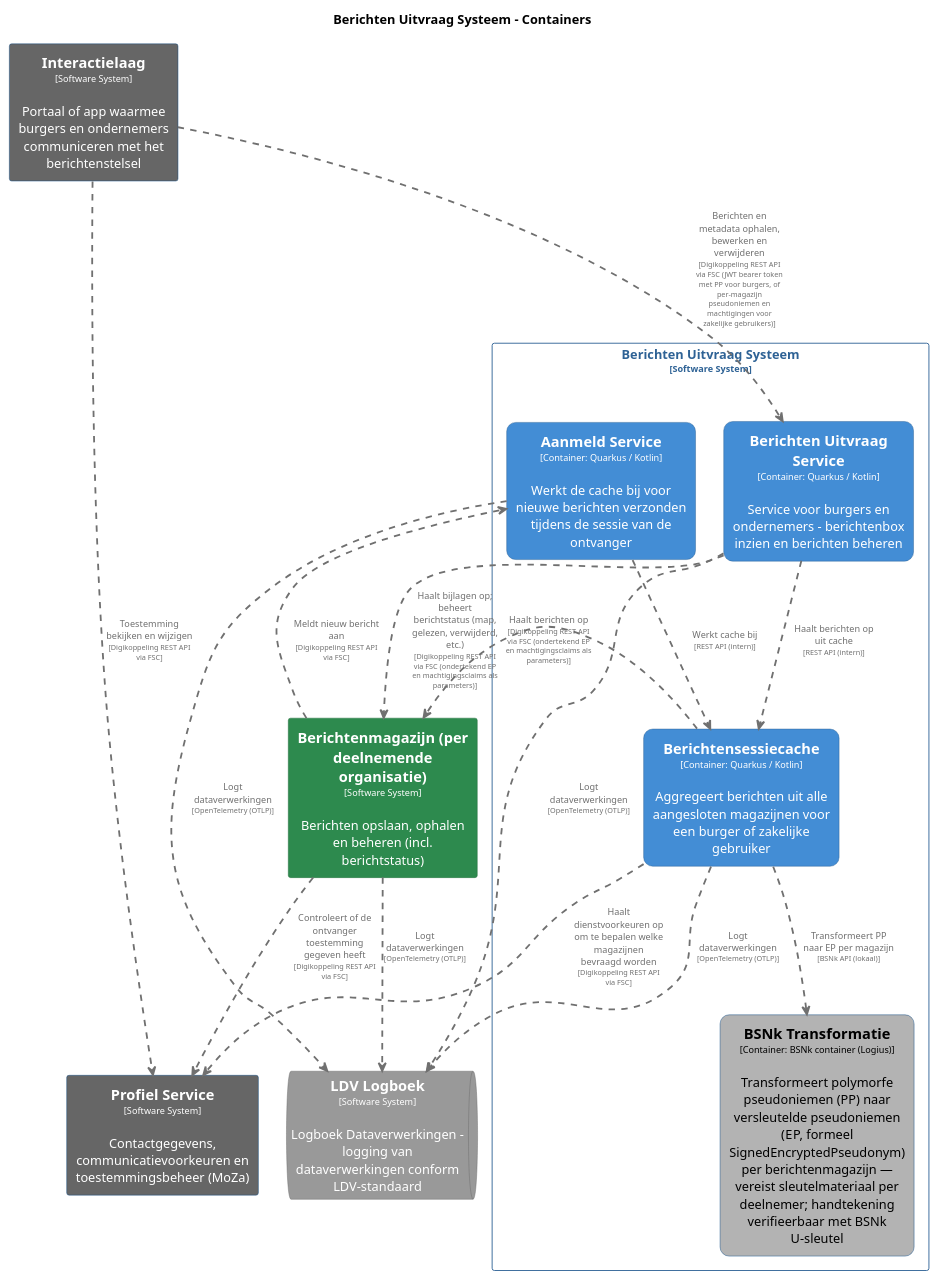
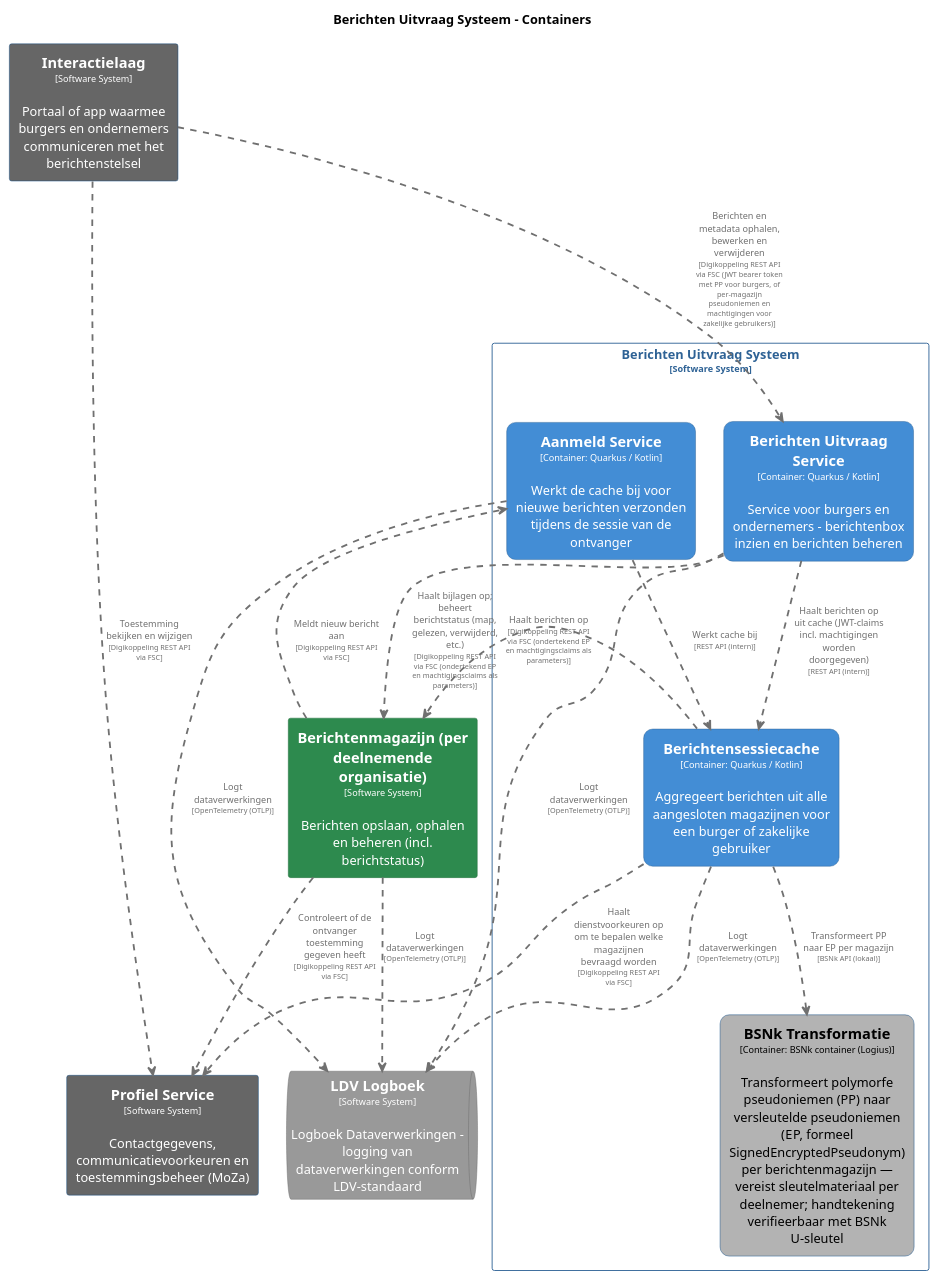
Before and after one commit to MinBZK/moza-poc-fbs-berichtenbox: the diagram in pr-preview/pr-22/master/puml/BerichtenUitvraagSysteemContainers.puml, drawn with PlantUML. The commit also changed 30 other files, not shown here.

```diff
--- a/pr-preview/pr-22/master/puml/BerichtenUitvraagSysteemContainers.puml
+++ b/pr-preview/pr-22/master/puml/BerichtenUitvraagSysteemContainers.puml
@@ -1,102 +1,102 @@
 @startuml
 set separator none
 title Berichten Uitvraag Systeem - Containers
 
 top to bottom direction
 skinparam ranksep 60
 skinparam nodesep 30
 
 skinparam {
   arrowFontSize 10
   defaultTextAlignment center
   wrapWidth 200
   maxMessageSize 100
 }
 
 hide stereotype
 
 skinparam rectangle<<BerichtenUitvraagSysteem.AanmeldService>> {
   BackgroundColor #438dd5
   FontColor #ffffff
   BorderColor #2e6295
   roundCorner 20
   shadowing false
 }
 skinparam rectangle<<BerichtenUitvraagSysteem.BSNkTransformatie>> {
   BackgroundColor #b3b3b3
   FontColor #000000
   BorderColor #0b4884
   roundCorner 20
   shadowing false
 }
 skinparam rectangle<<BerichtenUitvraagSysteem.BerichtenUitvraagService>> {
   BackgroundColor #438dd5
   FontColor #ffffff
   BorderColor #2e6295
   roundCorner 20
   shadowing false
 }
 skinparam rectangle<<Berichtenmagazijnperdeelnemendeorganisatie>> {
   BackgroundColor #2d8a4e
   FontColor #ffffff
   BorderColor #1e6b38
   shadowing false
 }
 skinparam rectangle<<BerichtenUitvraagSysteem.Berichtensessiecache>> {
   BackgroundColor #438dd5
   FontColor #ffffff
   BorderColor #2e6295
   roundCorner 20
   shadowing false
 }
 skinparam rectangle<<Interactielaag>> {
   BackgroundColor #666666
   FontColor #ffffff
   BorderColor #0b4884
   shadowing false
 }
 skinparam queue<<LDVLogboek>> {
   BackgroundColor #999999
   FontColor #ffffff
   BorderColor #6b6b6b
   shadowing false
 }
 skinparam rectangle<<ProfielService>> {
   BackgroundColor #666666
   FontColor #ffffff
   BorderColor #0b4884
   shadowing false
 }
 skinparam rectangle<<BerichtenUitvraagSysteem>> {
   BorderColor #2e6295
   FontColor #2e6295
   shadowing false
 }
 
 rectangle "==Profiel Service\n<size:10>[Software System]</size>\n\nContactgegevens, communicatievoorkeuren en toestemmingsbeheer (MoZa)" <<ProfielService>> as ProfielService
 rectangle "==Interactielaag\n<size:10>[Software System]</size>\n\nPortaal of app waarmee burgers en ondernemers communiceren met het berichtenstelsel" <<Interactielaag>> as Interactielaag
 rectangle "==Berichtenmagazijn (per deelnemende organisatie)\n<size:10>[Software System]</size>\n\nBerichten opslaan, ophalen en beheren (incl. berichtstatus)" <<Berichtenmagazijnperdeelnemendeorganisatie>> as Berichtenmagazijnperdeelnemendeorganisatie
 queue "==LDV Logboek\n<size:10>[Software System]</size>\n\nLogboek Dataverwerkingen - logging van dataverwerkingen conform LDV-standaard" <<LDVLogboek>> as LDVLogboek
 
 rectangle "Berichten Uitvraag Systeem\n<size:10>[Software System]</size>" <<BerichtenUitvraagSysteem>> {
   rectangle "==Berichtensessiecache\n<size:10>[Container: Quarkus / Kotlin]</size>\n\nAggregeert berichten uit alle aangesloten magazijnen voor een burger of zakelijke gebruiker" <<BerichtenUitvraagSysteem.Berichtensessiecache>> as BerichtenUitvraagSysteem.Berichtensessiecache
   rectangle "==Berichten Uitvraag Service\n<size:10>[Container: Quarkus / Kotlin]</size>\n\nService voor burgers en ondernemers - berichtenbox inzien en berichten beheren" <<BerichtenUitvraagSysteem.BerichtenUitvraagService>> as BerichtenUitvraagSysteem.BerichtenUitvraagService
   rectangle "==BSNk Transformatie\n<size:10>[Container: BSNk container (Logius)]</size>\n\nTransformeert polymorfe pseudoniemen (PP) naar versleutelde pseudoniemen (EP, formeel SignedEncryptedPseudonym) per berichtenmagazijn — vereist sleutelmateriaal per deelnemer; handtekening verifieerbaar met BSNk U-sleutel" <<BerichtenUitvraagSysteem.BSNkTransformatie>> as BerichtenUitvraagSysteem.BSNkTransformatie
   rectangle "==Aanmeld Service\n<size:10>[Container: Quarkus / Kotlin]</size>\n\nWerkt de cache bij voor nieuwe berichten verzonden tijdens de sessie van de ontvanger" <<BerichtenUitvraagSysteem.AanmeldService>> as BerichtenUitvraagSysteem.AanmeldService
 }
 
 Berichtenmagazijnperdeelnemendeorganisatie .[#707070,thickness=2].> ProfielService : "<color:#707070>Controleert of de ontvanger toestemming gegeven heeft\n<color:#707070><size:8>[Digikoppeling REST API via FSC]</size>"
 BerichtenUitvraagSysteem.Berichtensessiecache .[#707070,thickness=2].> ProfielService : "<color:#707070>Haalt dienstvoorkeuren op om te bepalen welke magazijnen bevraagd worden\n<color:#707070><size:8>[Digikoppeling REST API via FSC]</size>"
 BerichtenUitvraagSysteem.Berichtensessiecache .[#707070,thickness=2].> Berichtenmagazijnperdeelnemendeorganisatie : "<color:#707070>Haalt berichten op\n<color:#707070><size:8>[Digikoppeling REST API via FSC (ondertekend EP en machtigingsclaims als parameters)]</size>"
 Berichtenmagazijnperdeelnemendeorganisatie .[#707070,thickness=2].> LDVLogboek : "<color:#707070>Logt dataverwerkingen\n<color:#707070><size:8>[OpenTelemetry (OTLP)]</size>"
 BerichtenUitvraagSysteem.Berichtensessiecache .[#707070,thickness=2].> LDVLogboek : "<color:#707070>Logt dataverwerkingen\n<color:#707070><size:8>[OpenTelemetry (OTLP)]</size>"
 BerichtenUitvraagSysteem.BerichtenUitvraagService .[#707070,thickness=2].> LDVLogboek : "<color:#707070>Logt dataverwerkingen\n<color:#707070><size:8>[OpenTelemetry (OTLP)]</size>"
 BerichtenUitvraagSysteem.AanmeldService .[#707070,thickness=2].> LDVLogboek : "<color:#707070>Logt dataverwerkingen\n<color:#707070><size:8>[OpenTelemetry (OTLP)]</size>"
 BerichtenUitvraagSysteem.Berichtensessiecache .[#707070,thickness=2].> BerichtenUitvraagSysteem.BSNkTransformatie : "<color:#707070>Transformeert PP naar EP per magazijn\n<color:#707070><size:8>[BSNk API (lokaal)]</size>"
 BerichtenUitvraagSysteem.AanmeldService .[#707070,thickness=2].> BerichtenUitvraagSysteem.Berichtensessiecache : "<color:#707070>Werkt cache bij\n<color:#707070><size:8>[REST API (intern)]</size>"
-BerichtenUitvraagSysteem.BerichtenUitvraagService .[#707070,thickness=2].> BerichtenUitvraagSysteem.Berichtensessiecache : "<color:#707070>Haalt berichten op uit cache\n<color:#707070><size:8>[REST API (intern)]</size>"
+BerichtenUitvraagSysteem.BerichtenUitvraagService .[#707070,thickness=2].> BerichtenUitvraagSysteem.Berichtensessiecache : "<color:#707070>Haalt berichten op uit cache (JWT-claims incl. machtigingen worden doorgegeven)\n<color:#707070><size:8>[REST API (intern)]</size>"
 Interactielaag .[#707070,thickness=2].> BerichtenUitvraagSysteem.BerichtenUitvraagService : "<color:#707070>Berichten en metadata ophalen, bewerken en verwijderen\n<color:#707070><size:8>[Digikoppeling REST API via FSC (JWT bearer token met PP voor burgers, of per-magazijn pseudoniemen en machtigingen voor zakelijke gebruikers)]</size>"
 Interactielaag .[#707070,thickness=2].> ProfielService : "<color:#707070>Toestemming bekijken en wijzigen\n<color:#707070><size:8>[Digikoppeling REST API via FSC]</size>"
 BerichtenUitvraagSysteem.BerichtenUitvraagService .[#707070,thickness=2].> Berichtenmagazijnperdeelnemendeorganisatie : "<color:#707070>Haalt bijlagen op; beheert berichtstatus (map, gelezen, verwijderd, etc.)\n<color:#707070><size:8>[Digikoppeling REST API via FSC (ondertekend EP en machtigingsclaims als parameters)]</size>"
 Berichtenmagazijnperdeelnemendeorganisatie .[#707070,thickness=2].> BerichtenUitvraagSysteem.AanmeldService : "<color:#707070>Meldt nieuw bericht aan\n<color:#707070><size:8>[Digikoppeling REST API via FSC]</size>"
 @enduml
```
